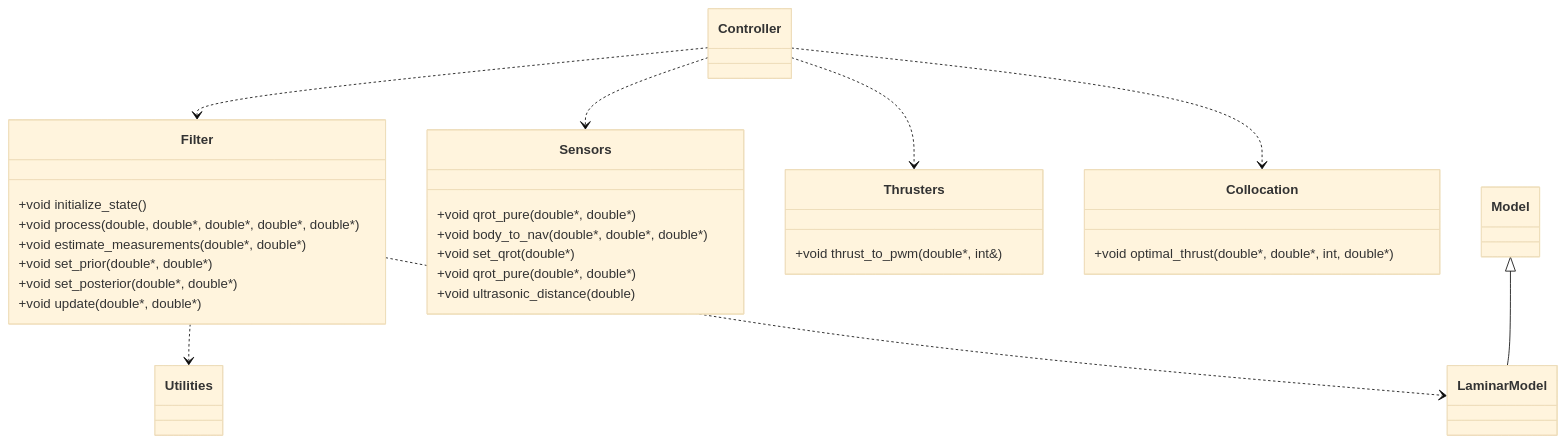
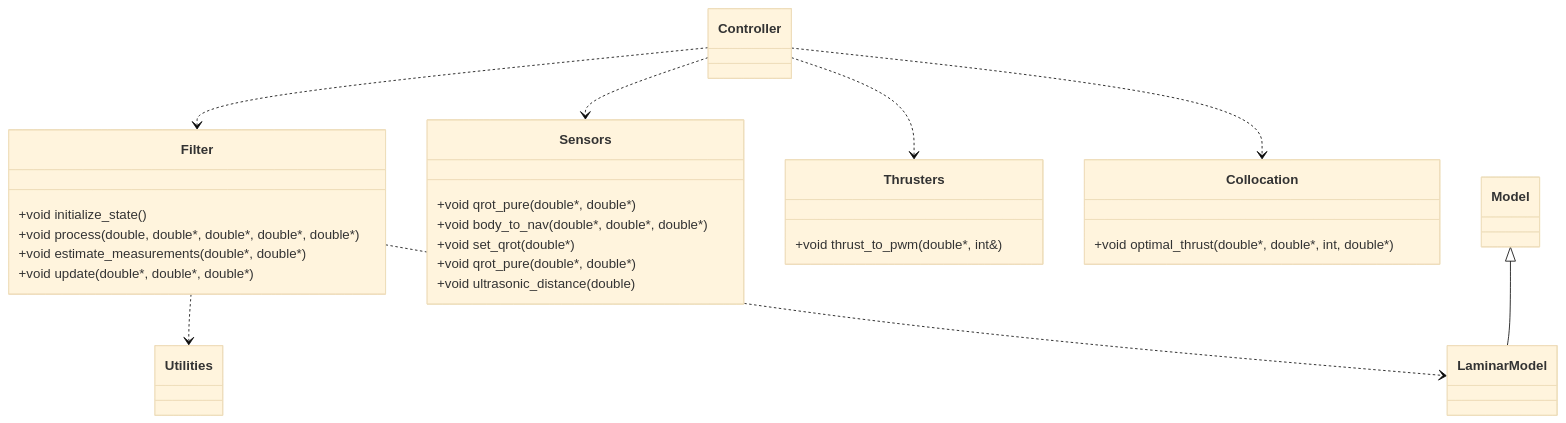
The diagram in README.md (teichen/stormfin), drawn with Mermaid (base theme) before and after one commit. The commit also changed 5 other files, not shown here.

````diff
--- a/README.md
+++ b/README.md
@@ -21,23 +21,21 @@
 ```mermaid
 classDiagram
     Controller ..> Filter
     Controller ..> Sensors
     Controller ..> Thrusters
     Controller ..> Collocation
     Filter ..> Utilities
     Filter ..> LaminarModel
     Model <|-- LaminarModel
     Filter : +void initialize_state()
     Filter : +void process(double, double*, double*, double*, double*)
     Filter : +void estimate_measurements(double*, double*)
-    Filter : +void set_prior(double*, double*)
-    Filter : +void set_posterior(double*, double*)
-    Filter : +void update(double*, double*)
+    Filter : +void update(double*, double*, double*)
     Sensors : +void qrot_pure(double*, double*)
     Sensors : +void body_to_nav(double*, double*, double*)
     Sensors : +void set_qrot(double*)
     Sensors : +void qrot_pure(double*, double*)
     Sensors : +void ultrasonic_distance(double)
     Thrusters : +void thrust_to_pwm(double*, int&)
     Collocation : +void optimal_thrust(double*, double*, int, double*)
 ```
````
